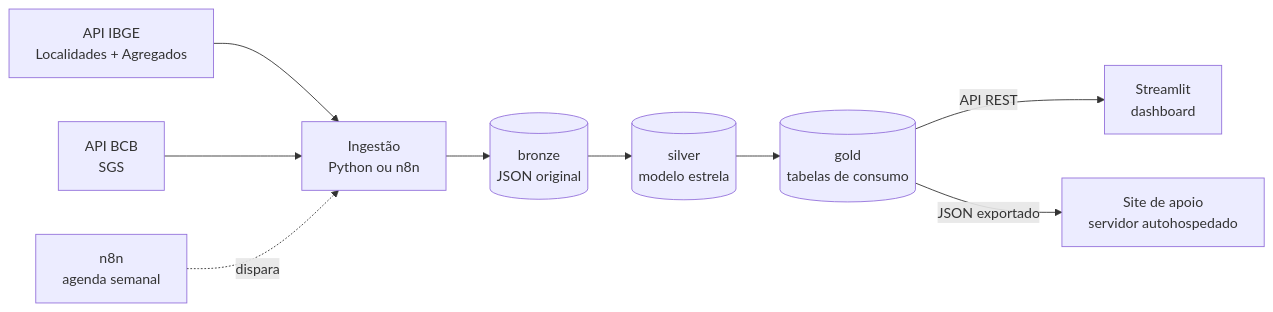
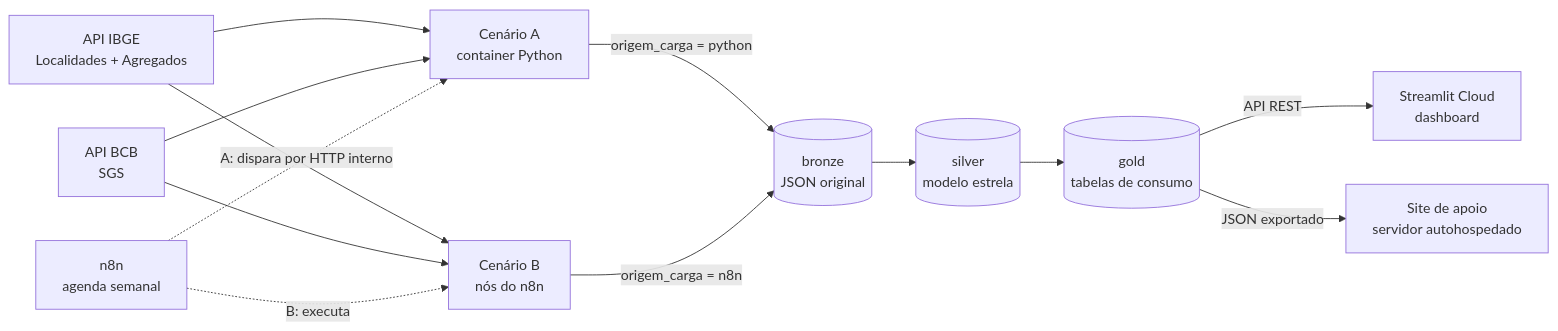
The diagram in README.md (JJ-Junior/radar-expansao), drawn with Mermaid before and after one commit. The commit also changed other lines of this file and 5 other files, not shown here.

Commit message:
docs: link do dashboard publicado, prints e diagrama dos dois cenários

````diff
--- a/README.md
+++ b/README.md
@@ -43,11 +43,15 @@
 ```mermaid
 flowchart LR
-    IBGE[API IBGE<br/>Localidades + Agregados] --> ING[Ingestão<br/>Python ou n8n]
-    BCB[API BCB<br/>SGS] --> ING
-    N8N[n8n<br/>agenda semanal] -.dispara.-> ING
-    ING --> B[(bronze<br/>JSON original)]
+    IBGE[API IBGE<br/>Localidades + Agregados] --> PY[Cenário A<br/>container Python]
+    BCB[API BCB<br/>SGS] --> PY
+    IBGE --> WF[Cenário B<br/>nós do n8n]
+    BCB --> WF
+    N8N[n8n<br/>agenda semanal] -.->|A: dispara por HTTP interno| PY
+    N8N -.->|B: executa| WF
+    PY -->|origem_carga = python| B[(bronze<br/>JSON original)]
+    WF -->|origem_carga = n8n| B
     B --> S[(silver<br/>modelo estrela)]
     S --> G[(gold<br/>tabelas de consumo)]
-    G -->|API REST| APP[Streamlit<br/>dashboard]
+    G -->|API REST| APP[Streamlit Cloud<br/>dashboard]
     G -->|JSON exportado| SITE[Site de apoio<br/>servidor autohospedado]
 ```
````
